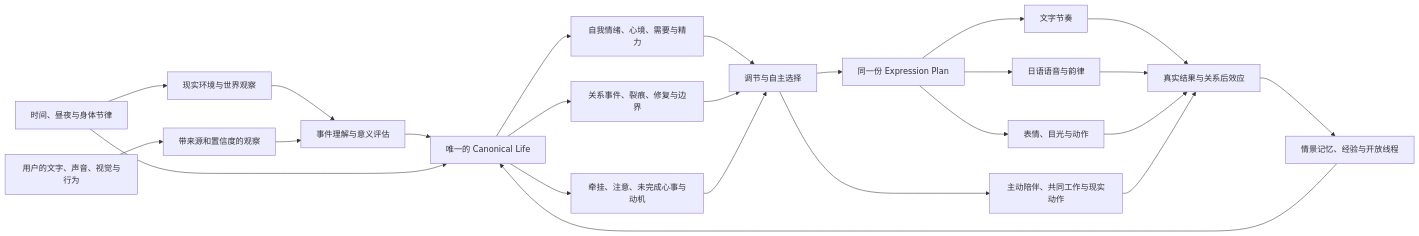
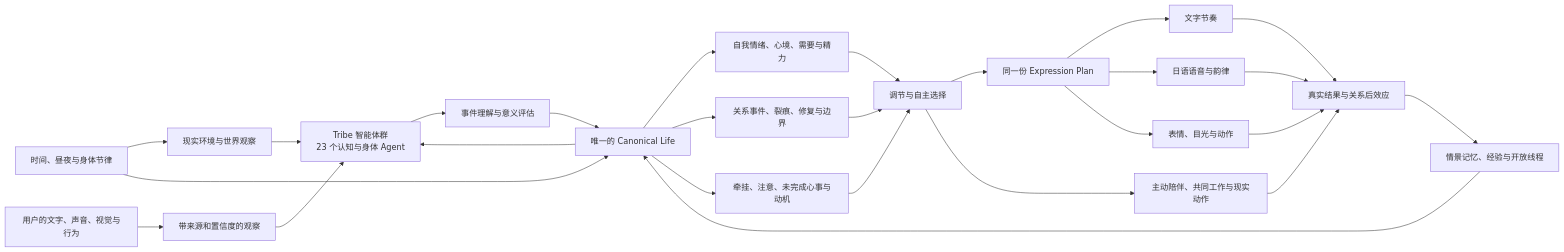
One commit to SakuraYoruno/Natsume_Ai changed the first of 3 diagrams in README.md. Above: the diagram before and after it, drawn with Mermaid. The commit also changed other lines of this file and 7 other files, not shown here.

````diff
--- a/README.md
+++ b/README.md
@@ -27,30 +27,32 @@
 ```mermaid
 flowchart LR
     TIME["时间、昼夜与身体节律"] --> WORLD["现实环境与世界观察"]
     USER["用户的文字、声音、视觉与行为"] --> OBS["带来源和置信度的观察"]
-    WORLD --> APPRAISE["事件理解与意义评估"]
-    OBS --> APPRAISE
+    WORLD --> TRIBE["Tribe 智能体群<br/>23 个认知与身体 Agent"]
+    OBS --> TRIBE
+    TRIBE --> APPRAISE["事件理解与意义评估"]
     APPRAISE --> LIFE["唯一的 Canonical Life"]
     TIME --> LIFE
+    LIFE --> TRIBE
 
     LIFE --> SELF["自我情绪、心境、需要与精力"]
     LIFE --> REL["关系事件、裂痕、修复与边界"]
     LIFE --> INNER["牵挂、注意、未完成心事与动机"]
 
     SELF --> CHOICE["调节与自主选择"]
     REL --> CHOICE
     INNER --> CHOICE
 
     CHOICE --> EXPR["同一份 Expression Plan"]
     CHOICE --> ACT["主动陪伴、共同工作与现实动作"]
     EXPR --> TEXT["文字节奏"]
     EXPR --> VOICE["日语语音与韵律"]
     EXPR --> AVATAR["表情、目光与动作"]
 
     TEXT --> EFFECT["真实结果与关系后效应"]
     VOICE --> EFFECT
     AVATAR --> EFFECT
     ACT --> EFFECT
     EFFECT --> MEMORY["情景记忆、经验与开放线程"]
     MEMORY --> LIFE
 ```
````
